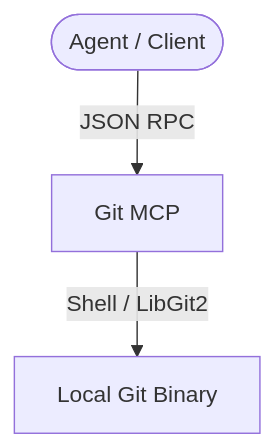
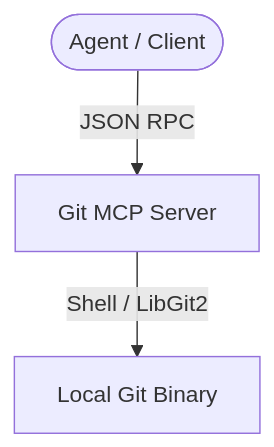
The diagram in mcp-blueprints/git-mcp/BLUEPRINT.md (rauseoj89/Agy-MCP), drawn with Mermaid before and after one commit. The commit also changed other lines of this file and 14 other files, not shown here.

Commit message:
fix(mcp-bp): replace nonexistent packages, standardize schemas, and retire nas-tools

````diff
--- a/mcp-blueprints/git-mcp/BLUEPRINT.md
+++ b/mcp-blueprints/git-mcp/BLUEPRINT.md
@@ -9,5 +12,5 @@
 ```mermaid
 graph TD
-    Agent([Agent / Client]) -->|JSON RPC| MCP[Git MCP]
+    Agent([Agent / Client]) -->|JSON RPC| MCP[Git MCP Server]
     MCP -->|Shell / LibGit2| Git[Local Git Binary]
 ```
````
